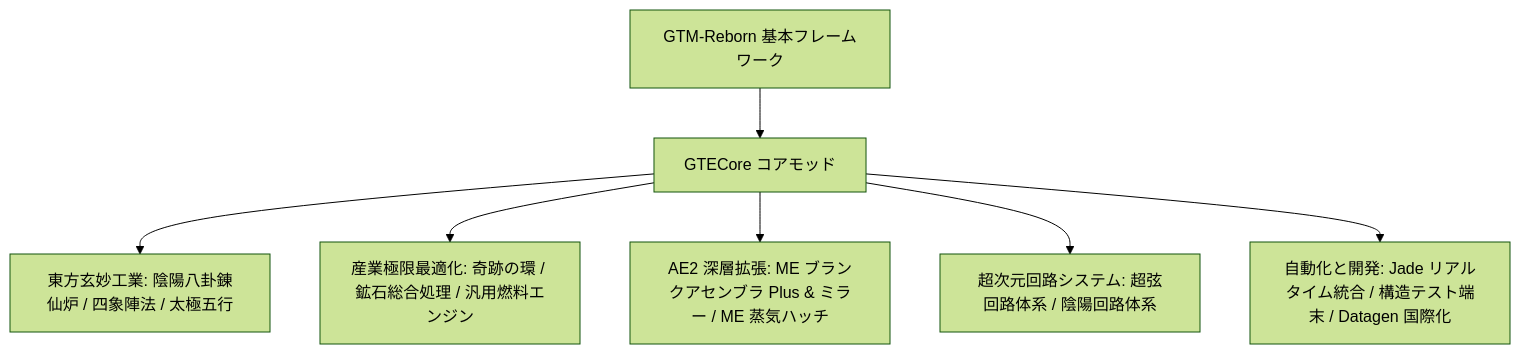
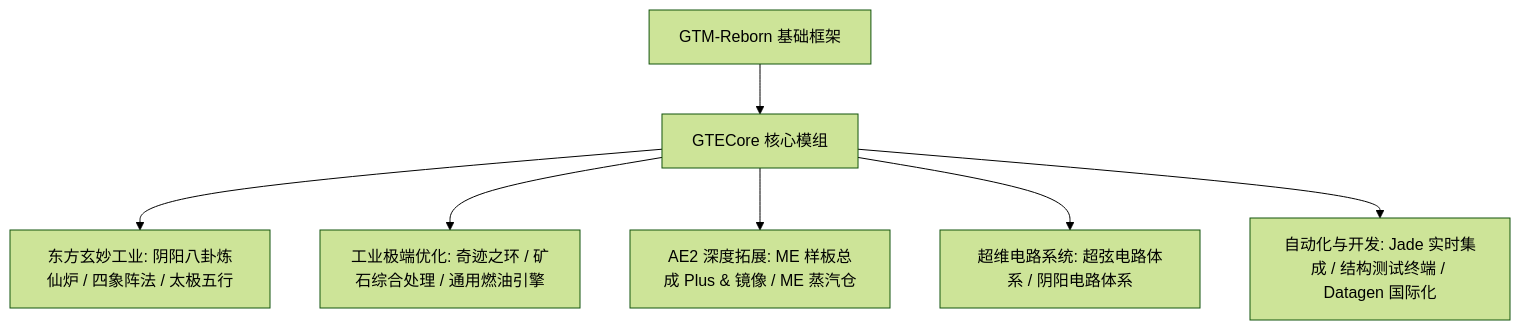
Before and after one commit to takanashisatou/GregtechEasy: the diagram in docs/ja/gtecore/overview.md, drawn with Mermaid (forest theme). The commit also changed other lines of this file and 144 other files, not shown here.

````diff
--- a/docs/ja/gtecore/overview.md
+++ b/docs/ja/gtecore/overview.md
@@ -9,9 +9,9 @@
 ```mermaid
 graph TD
-    A[GTM-Reborn 基本フレームワーク] --> B[GTECore コアモッド]
-    B --> C[東方玄妙工業: 陰陽八卦錬仙炉 / 四象陣法 / 太極五行]
-    B --> D[産業極限最適化: 奇跡の環 / 鉱石総合処理 / 汎用燃料エンジン]
-    B --> E[AE2 深層拡張: ME ブランクアセンブラ Plus & ミラー / ME 蒸気ハッチ]
-    B --> F[超次元回路システム: 超弦回路体系 / 陰陽回路体系]
-    B --> G[自動化と開発: Jade リアルタイム統合 / 構造テスト端末 / Datagen 国際化]
+    A[GTM-Reborn 基础框架] --> B[GTECore 核心模组]
+    B --> C[东方玄妙工业: 阴阳八卦炼仙炉 / 四象阵法 / 太极五行]
+    B --> D[工业极端优化: 奇迹之环 / 矿石综合处理 / 通用燃油引擎]
+    B --> E[AE2 深度拓展: ME 样板总成 Plus & 镜像 / ME 蒸汽仓]
+    B --> F[超维电路系统: 超弦电路体系 / 阴阳电路体系]
+    B --> G[自动化与开发: Jade 实时集成 / 结构测试终端 / Datagen 国际化]
 ```
````
